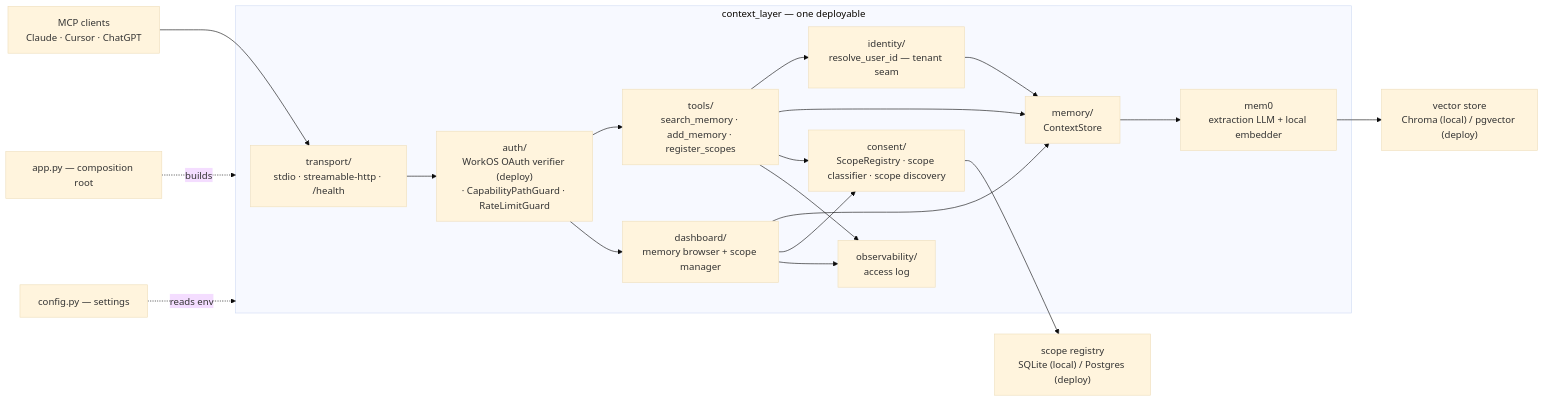
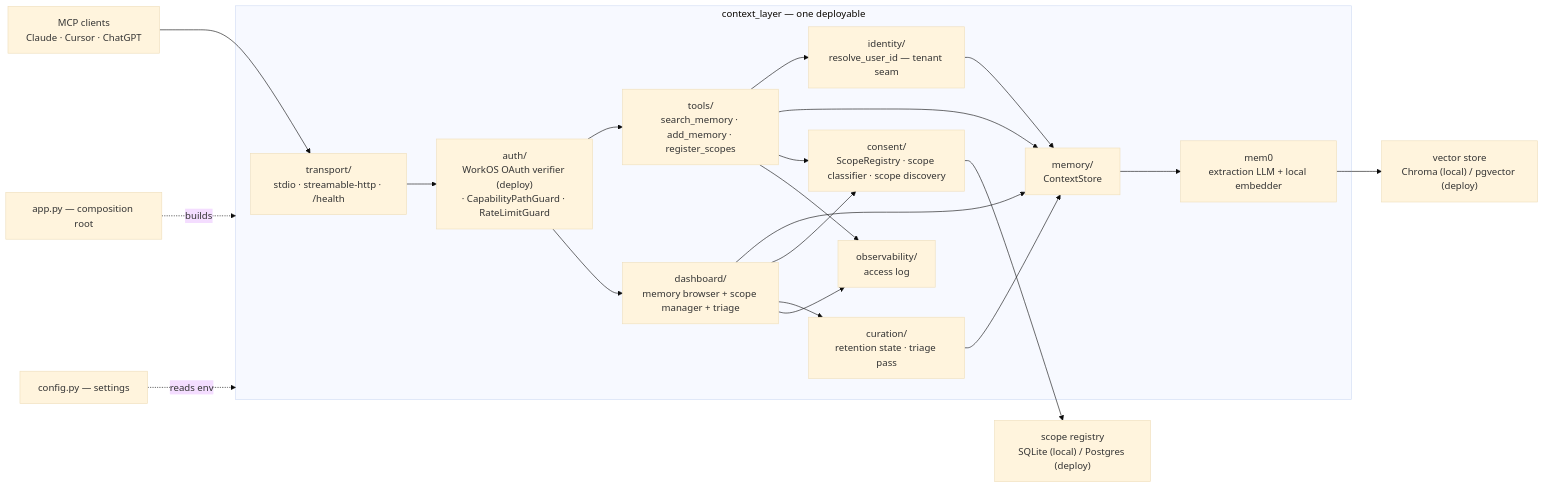
One commit to wanyuenmei/personal_mem changed the diagram in ARCHITECTURE.md. Above: the diagram before and after it, drawn with Mermaid (base theme). The commit also changed other lines of this file and 13 other files, not shown here.

````diff
--- a/ARCHITECTURE.md
+++ b/ARCHITECTURE.md
@@ -9,24 +9,26 @@
 ```mermaid
 flowchart LR
   clients["MCP clients<br/>Claude · Cursor · ChatGPT"] --> transport
 
   subgraph app["context_layer — one deployable"]
     transport["transport/<br/>stdio · streamable-http · /health"] --> guards
     guards["auth/<br/>WorkOS OAuth verifier (deploy)<br/>· CapabilityPathGuard · RateLimitGuard"] --> tools
     guards --> dash
     tools["tools/<br/>search_memory · add_memory · register_scopes"] --> identity
     tools --> store
     tools --> consent["consent/<br/>ScopeRegistry · scope classifier · scope discovery"]
     tools --> obs["observability/<br/>access log"]
-    dash["dashboard/<br/>memory browser + scope manager"] --> store
+    dash["dashboard/<br/>memory browser + scope manager + triage"] --> store
     dash --> consent
+    dash --> curation["curation/<br/>retention state · triage pass"]
     dash --> obs
+    curation --> store
     identity["identity/<br/>resolve_user_id — tenant seam"] --> store
     store["memory/<br/>ContextStore"] --> mem0["mem0<br/>extraction LLM + local embedder"]
   end
 
   mem0 --> vs["vector store<br/>Chroma (local) / pgvector (deploy)"]
   consent --> regdb["scope registry<br/>SQLite (local) / Postgres (deploy)"]
   app_py["app.py — composition root"] -.builds.-> app
   config["config.py — settings"] -.reads env.-> app
 ```
````
